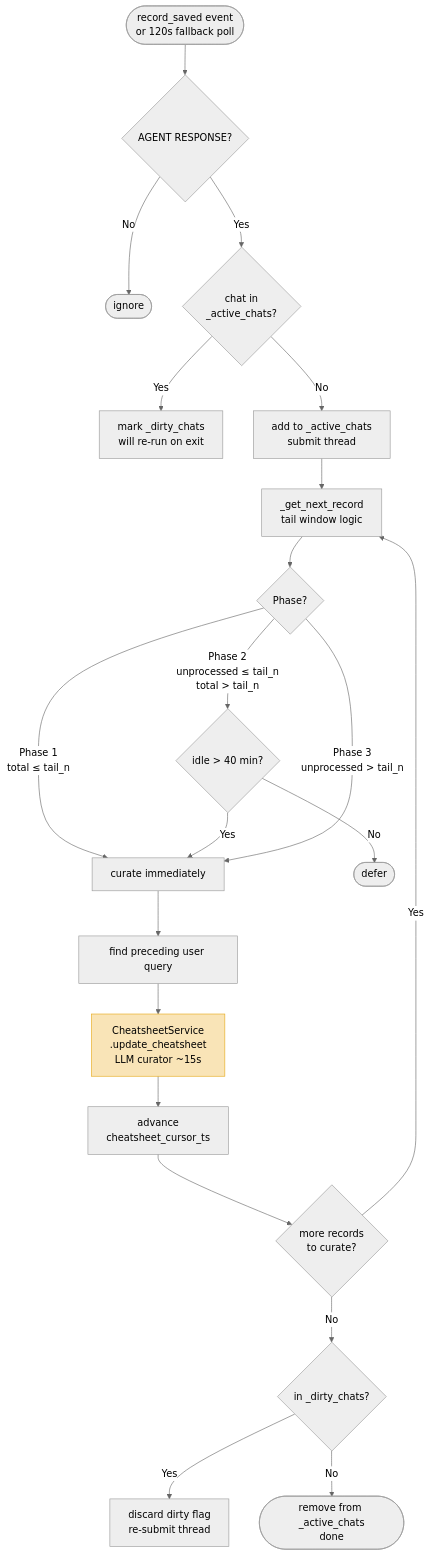
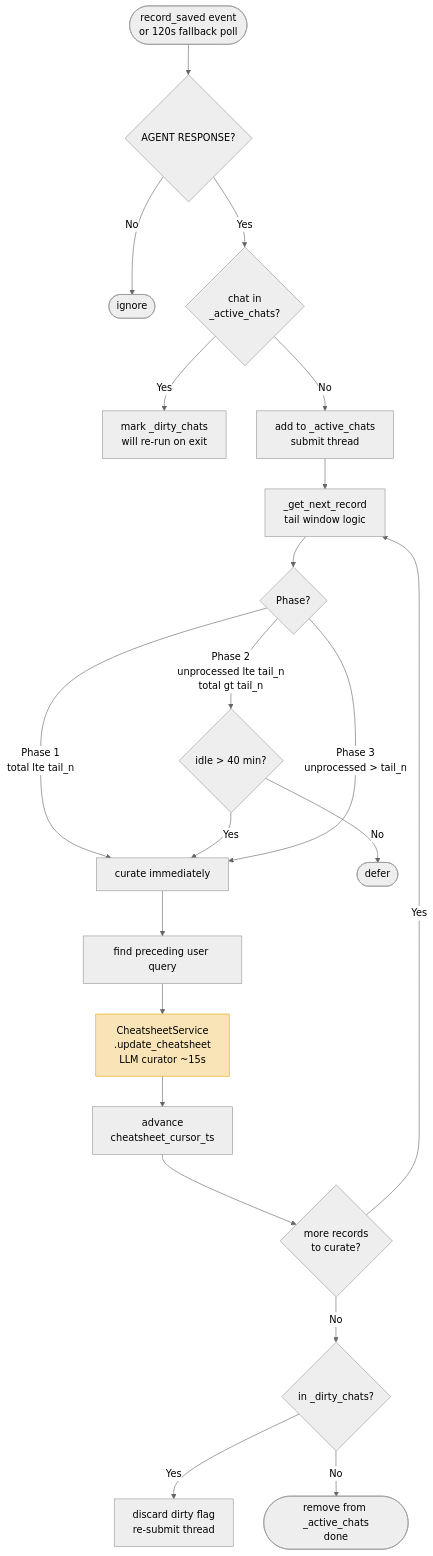
Before and after one commit to wiedersehne/Ida-arch: the seventh of 11 diagrams in memory_arch.md, drawn with Mermaid (neutral theme). The commit also changed other lines of this file, not shown here.

````diff
--- a/memory_arch.md
+++ b/memory_arch.md
@@ -344,27 +344,27 @@
 ```mermaid
 flowchart TD
     A(["record_saved event\nor 120s fallback poll"]) --> B{AGENT RESPONSE?}
     B -- No --> Z([ignore])
     B -- Yes --> C{chat in\n_active_chats?}
     C -- Yes --> D["mark _dirty_chats\nwill re-run on exit"]
     C -- No --> E["add to _active_chats\nsubmit thread"]
 
     E --> F["_get_next_record\ntail window logic"]
     F --> G{Phase?}
-    G -- "Phase 1\ntotal ≤ tail_n" --> H["curate immediately"]
-    G -- "Phase 2\nunprocessed ≤ tail_n\ntotal > tail_n" --> I{idle > 40 min?}
+    G -- "Phase 1\ntotal lte tail_n" --> H["curate immediately"]
+    G -- "Phase 2\nunprocessed lte tail_n\ntotal gt tail_n" --> I{idle &gt; 40 min?}
     I -- No --> J([defer])
     I -- Yes --> H
     G -- "Phase 3\nunprocessed > tail_n" --> H
 
     H --> K["find preceding user query"]
     K --> L["CheatsheetService\n.update_cheatsheet\nLLM curator ~15s"]
     L --> M["advance\ncheatsheet_cursor_ts"]
     M --> N{more records\nto curate?}
     N -- Yes --> F
     N -- No --> O{in _dirty_chats?}
     O -- Yes --> P["discard dirty flag\nre-submit thread"]
     O -- No --> Q(["remove from _active_chats\ndone"])
 
     style L fill:#f9e4b7,stroke:#e6a817
 ```
````
